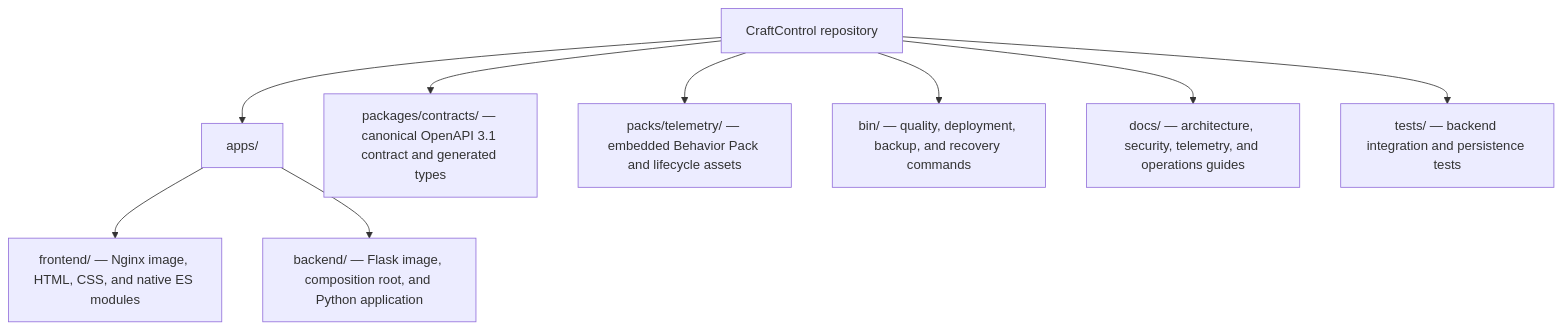
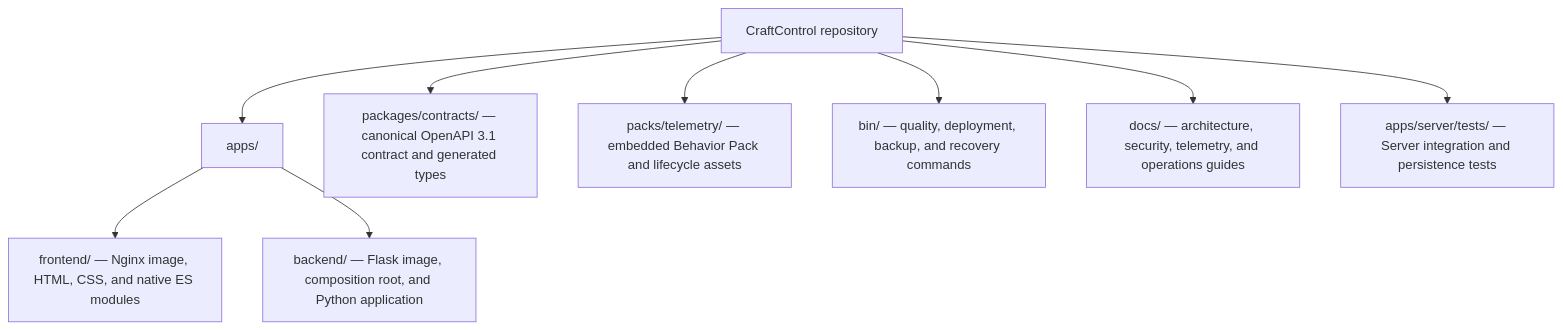
The diagram in docs/development-setup.md (dgaramos/craftcontrol), drawn with Mermaid before and after one commit. The commit also changed other lines of this file and 214 other files, not shown here.

````diff
--- a/docs/development-setup.md
+++ b/docs/development-setup.md
@@ -207,11 +207,11 @@
 ```mermaid
 flowchart TD
     repo["CraftControl repository"] --> apps["apps/"]
     apps --> frontend["frontend/ — Nginx image, HTML, CSS, and native ES modules"]
     apps --> backend["backend/ — Flask image, composition root, and Python application"]
     repo --> contracts["packages/contracts/ — canonical OpenAPI 3.1 contract and generated types"]
     repo --> telemetry["packs/telemetry/ — embedded Behavior Pack and lifecycle assets"]
     repo --> bin["bin/ — quality, deployment, backup, and recovery commands"]
     repo --> docs["docs/ — architecture, security, telemetry, and operations guides"]
-    repo --> tests["tests/ — backend integration and persistence tests"]
+    repo --> tests["apps/server/tests/ — Server integration and persistence tests"]
 ```
````
